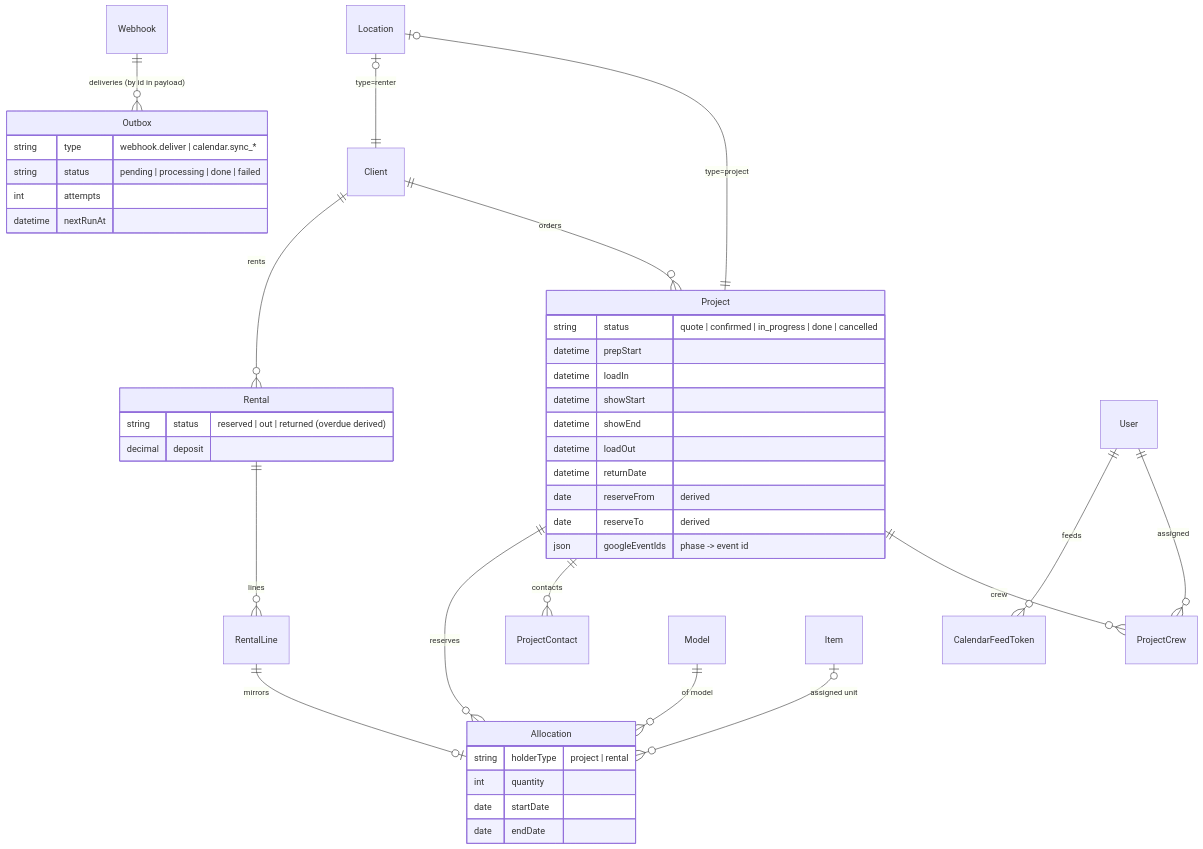
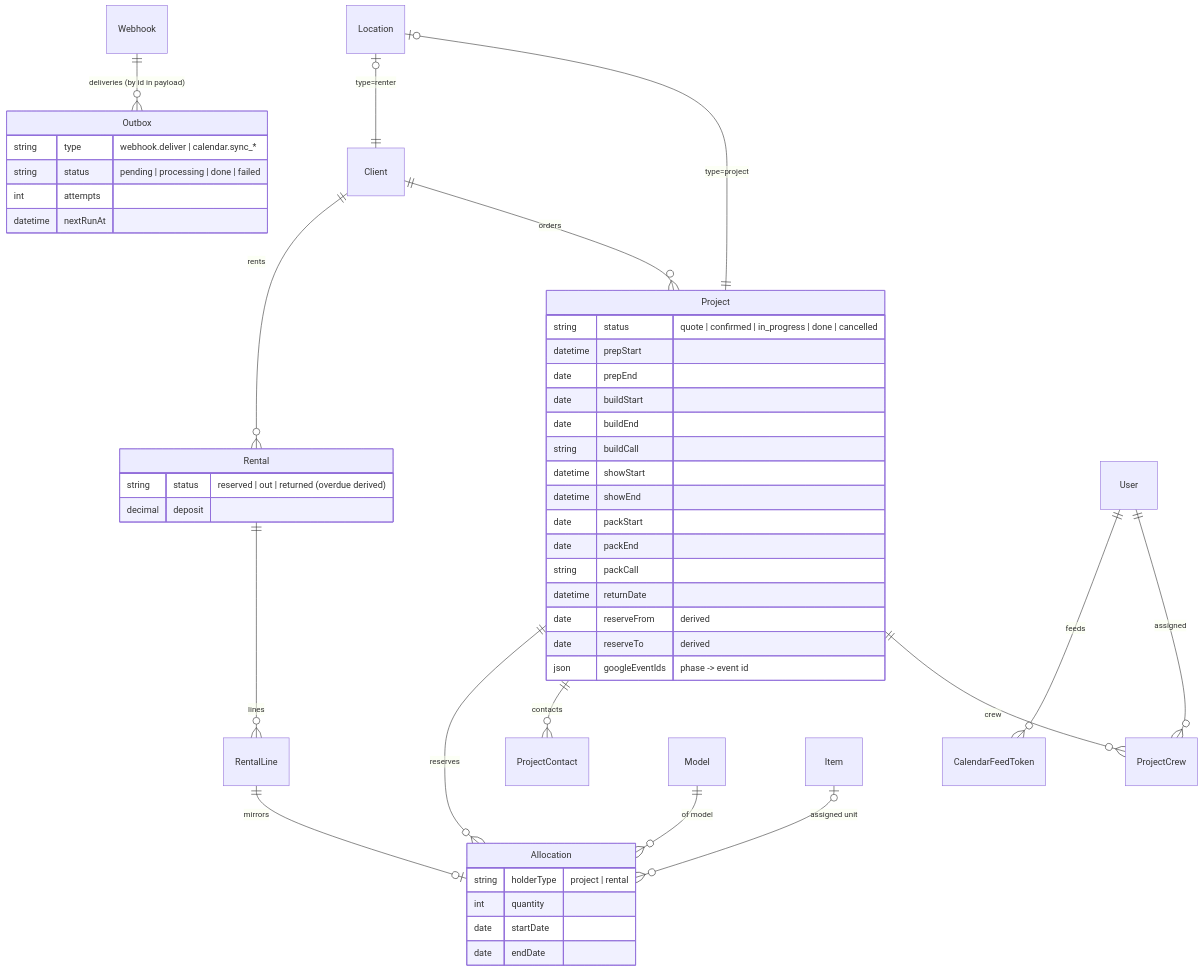
The fifth of 6 diagrams in docs/ARCHITECTURE.md (vertigojeppe/vertigo-gear-management), drawn with Mermaid before and after one commit. The commit also changed 34 other files, not shown here.

First line of the commit message:
Build-up and pack-down as day ranges with one call time

````diff
--- a/docs/ARCHITECTURE.md
+++ b/docs/ARCHITECTURE.md
@@ -251,46 +251,51 @@
 ```mermaid
 erDiagram
   Client ||--o{ Project : orders
   Client ||--o{ Rental : rents
   Project ||--o{ ProjectCrew : crew
   User ||--o{ ProjectCrew : assigned
   Project ||--o{ ProjectContact : contacts
   Project ||--o{ Allocation : reserves
   Rental ||--o{ RentalLine : lines
   RentalLine ||--o| Allocation : mirrors
   Model ||--o{ Allocation : "of model"
   Item o|--o{ Allocation : "assigned unit"
   Location o|--|| Project : "type=project"
   Location o|--|| Client : "type=renter"
   User ||--o{ CalendarFeedToken : feeds
   Webhook ||--o{ Outbox : "deliveries (by id in payload)"
 
   Project {
     string status "quote | confirmed | in_progress | done | cancelled"
     datetime prepStart
-    datetime loadIn
+    date prepEnd
+    date buildStart
+    date buildEnd
+    string buildCall
     datetime showStart
     datetime showEnd
-    datetime loadOut
+    date packStart
+    date packEnd
+    string packCall
     datetime returnDate
     date reserveFrom "derived"
     date reserveTo "derived"
     json googleEventIds "phase -> event id"
   }
   Allocation {
     string holderType "project | rental"
     int quantity
     date startDate
     date endDate
   }
   Rental {
     string status "reserved | out | returned (overdue derived)"
     decimal deposit
   }
   Outbox {
     string type "webhook.deliver | calendar.sync_*"
     string status "pending | processing | done | failed"
     int attempts
     datetime nextRunAt
   }
 ```
````
